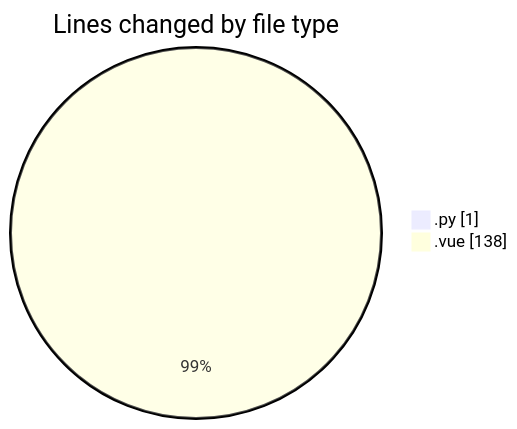
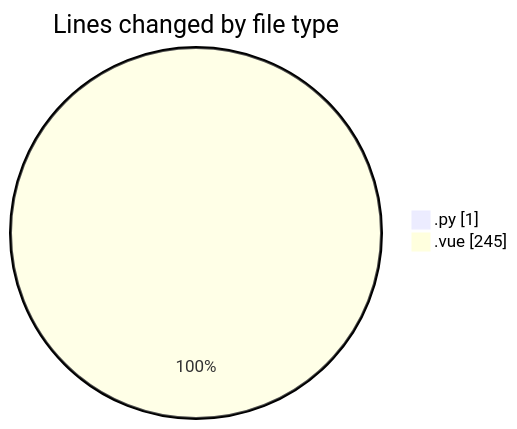
The first of 2 diagrams in 2025-05-12/cancelacionsegurosvida/README.md (jcpc91/code-tracking), drawn with Mermaid before and after one commit. The commit also changed other lines of this file and 1 other file, not shown here.

````diff
--- a/2025-05-12/cancelacionsegurosvida/README.md
+++ b/2025-05-12/cancelacionsegurosvida/README.md
@@ -22,6 +23,6 @@
 ```mermaid
 pie showData
 title Lines changed by file type
 ".py" : 1
-".vue" : 138
+".vue" : 245
 ```
````
